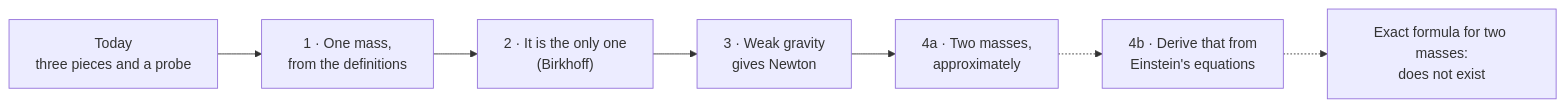
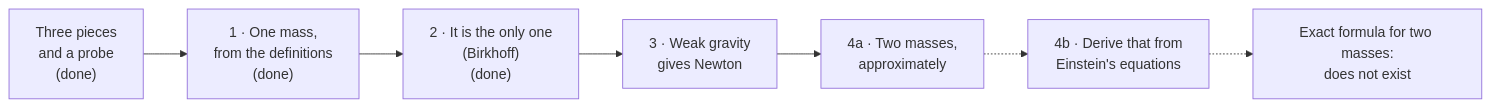
One commit to flujo-app/gravity-in-lean changed the diagram in PLAN.md. Above: the diagram before and after it, drawn with Mermaid. The commit also changed other lines of this file and 7 other files, not shown here.

````diff
--- a/PLAN.md
+++ b/PLAN.md
@@ -55,9 +75,9 @@
 ```mermaid
 flowchart LR
-  T["Today<br/>three pieces and a probe"] --> R1["1 · One mass,<br/>from the definitions"]
-  R1 --> R2["2 · It is the only one<br/>(Birkhoff)"]
+  T["Three pieces<br/>and a probe<br/>(done)"] --> R1["1 · One mass,<br/>from the definitions<br/>(done)"]
+  R1 --> R2["2 · It is the only one<br/>(Birkhoff)<br/>(done)"]
   R2 --> R3["3 · Weak gravity<br/>gives Newton"]
   R3 --> R4["4a · Two masses,<br/>approximately"]
   R4 -.-> R5["4b · Derive that from<br/>Einstein's equations"]
   R5 -.-> X["Exact formula for two masses:<br/>does not exist"]
 ```
````
